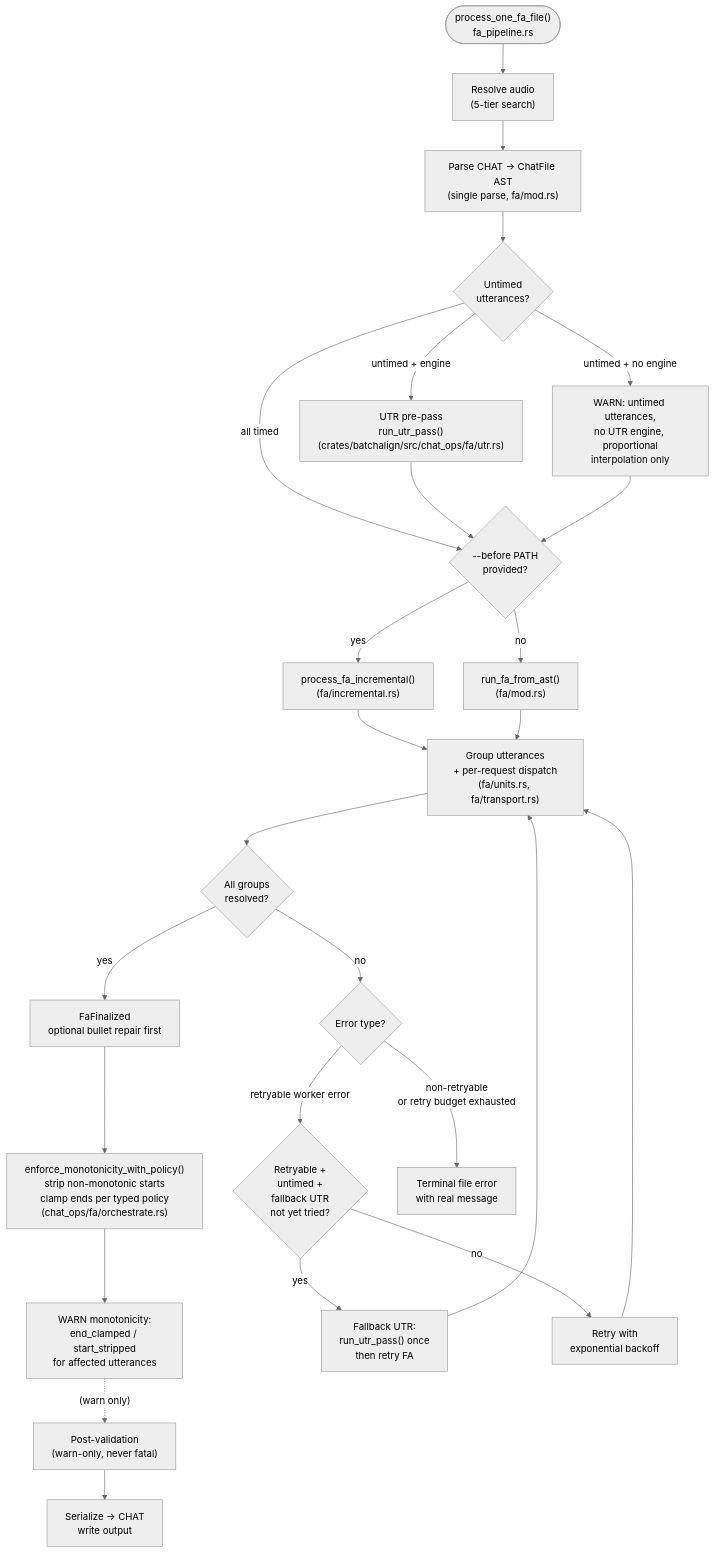
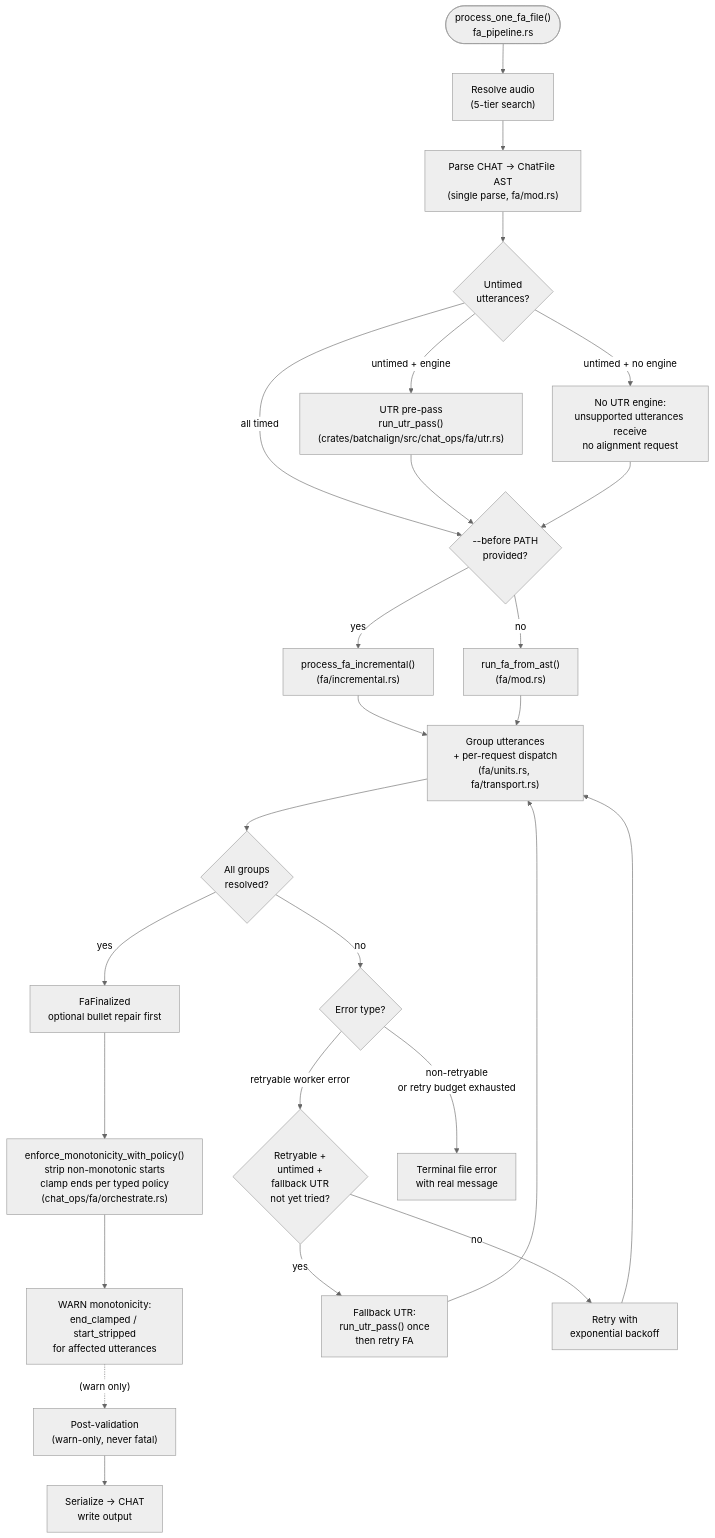
One commit to FranklinChen/talkbank-tools changed the eighth of 16 diagrams in book/src/batchalign/reference/forced-alignment.md. Above: the diagram before and after it, drawn with Mermaid (neutral theme). The commit also changed other lines of this file and 70 other files, not shown here.

First line of the commit message:
Fix alignment request bounds and preserve measured timing

````diff
--- a/book/src/batchalign/reference/forced-alignment.md
+++ b/book/src/batchalign/reference/forced-alignment.md
@@ -1049,39 +1080,39 @@
 ```mermaid
 flowchart TD
     start(["process_one_fa_file()<br/>fa_pipeline.rs"])
     media["Resolve audio<br/>(5-tier search)"]
     parse["Parse CHAT → ChatFile AST<br/>(single parse, fa/mod.rs)"]
     utr_check{"Untimed<br/>utterances?"}
     utr_run["UTR pre-pass<br/>run_utr_pass()<br/>(crates/batchalign/src/chat_ops/fa/utr.rs)"]
-    utr_warn["WARN: untimed utterances,<br/>no UTR engine, proportional<br/>interpolation only"]
+    utr_warn["No UTR engine:<br/>unsupported utterances receive<br/>no alignment request"]
     incremental{"--before PATH<br/>provided?"}
     fa_full["run_fa_from_ast()<br/>(fa/mod.rs)"]
     fa_inc["process_fa_incremental()<br/>(fa/incremental.rs)"]
     fa_groups["Group utterances<br/>+ per-request dispatch<br/>(fa/units.rs, fa/transport.rs)"]
     fa_ok{"All groups<br/>resolved?"}
     finalize["FaFinalized<br/>optional bullet repair first"]
     mono["enforce_monotonicity_with_policy()<br/>strip non-monotonic starts<br/>clamp ends per typed policy<br/>(chat_ops/fa/orchestrate.rs)"]
     mono_warn["WARN monotonicity:<br/>end_clamped / start_stripped<br/>for affected utterances"]
     post_val["Post-validation<br/>(warn-only, never fatal)"]
     out["Serialize → CHAT<br/>write output"]
     fa_err{"Error type?"}
     utr_fallback{"Retryable +<br/>untimed +<br/>fallback UTR<br/>not yet tried?"}
     utr_fb["Fallback UTR:<br/>run_utr_pass() once<br/>then retry FA"]
     backoff["Retry with<br/>exponential backoff"]
     terminal["Terminal file error<br/>with real message"]
 
     start --> media --> parse --> utr_check
     utr_check -->|"all timed"| incremental
     utr_check -->|"untimed + engine"| utr_run --> incremental
     utr_check -->|"untimed + no engine"| utr_warn --> incremental
     incremental -->|"yes"| fa_inc --> fa_groups
     incremental -->|"no"| fa_full --> fa_groups
     fa_groups --> fa_ok
     fa_ok -->|"yes"| finalize --> mono
     mono --> mono_warn -.->|"(warn only)"| post_val --> out
     fa_ok -->|"no"| fa_err
     fa_err -->|"retryable worker error"| utr_fallback
     utr_fallback -->|"yes"| utr_fb --> fa_groups
     utr_fallback -->|"no"| backoff --> fa_groups
     fa_err -->|"non-retryable<br/>or retry budget exhausted"| terminal
 ```
````
